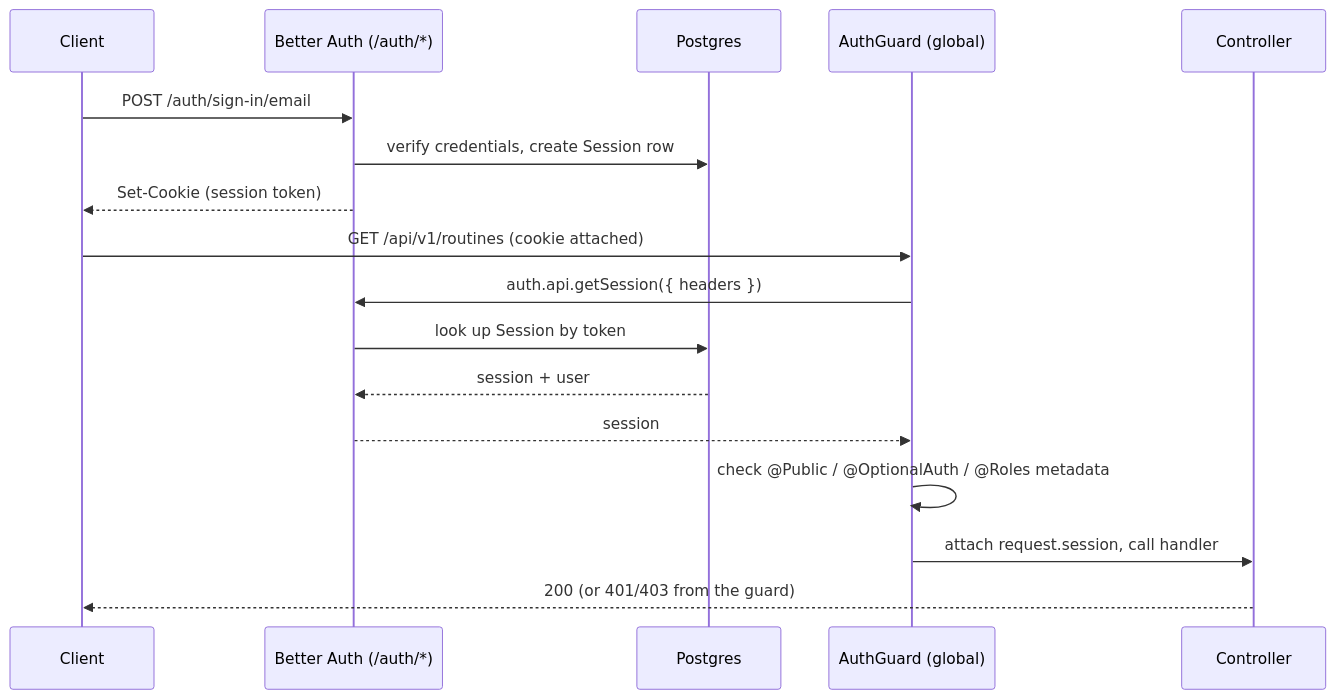
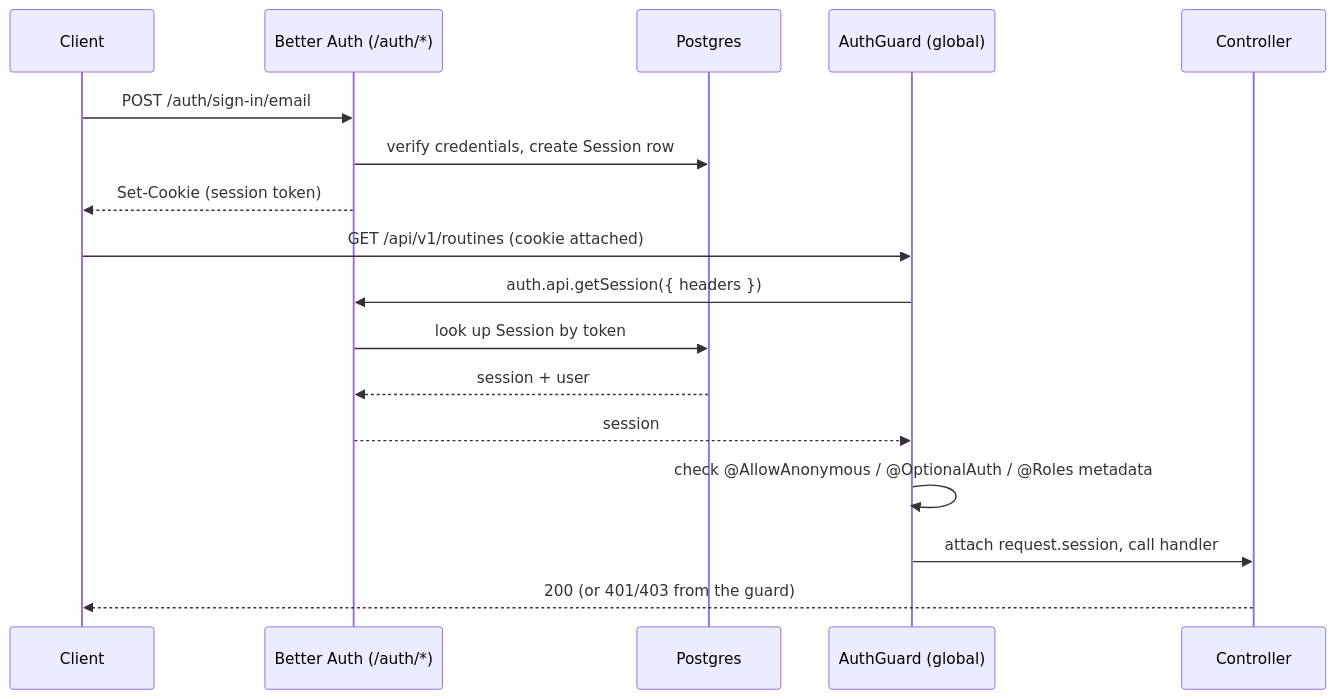
The first of 4 diagrams in docs/flows.md (alecoelhodev/guitarcoach), drawn with Mermaid before and after one commit. The commit also changed other lines of this file and 1 other file, not shown here.

Commit message:
docs: Update README and flows documentation for clarity and accuracy

````diff
--- a/docs/flows.md
+++ b/docs/flows.md
@@ -14,21 +14,21 @@
 ```mermaid
 sequenceDiagram
     participant Client
     participant Auth as Better Auth (/auth/*)
     participant Postgres
     participant Guard as AuthGuard (global)
     participant Controller
 
     Client->>Auth: POST /auth/sign-in/email
     Auth->>Postgres: verify credentials, create Session row
     Auth-->>Client: Set-Cookie (session token)
 
     Client->>Guard: GET /api/v1/routines (cookie attached)
     Guard->>Auth: auth.api.getSession({ headers })
     Auth->>Postgres: look up Session by token
     Postgres-->>Auth: session + user
     Auth-->>Guard: session
-    Guard->>Guard: check @Public / @OptionalAuth / @Roles metadata
+    Guard->>Guard: check @AllowAnonymous / @OptionalAuth / @Roles metadata
     Guard->>Controller: attach request.session, call handler
     Controller-->>Client: 200 (or 401/403 from the guard)
 ```
````
